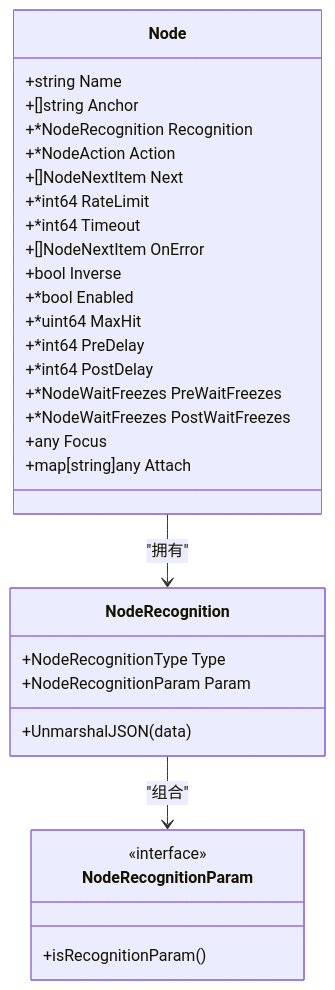
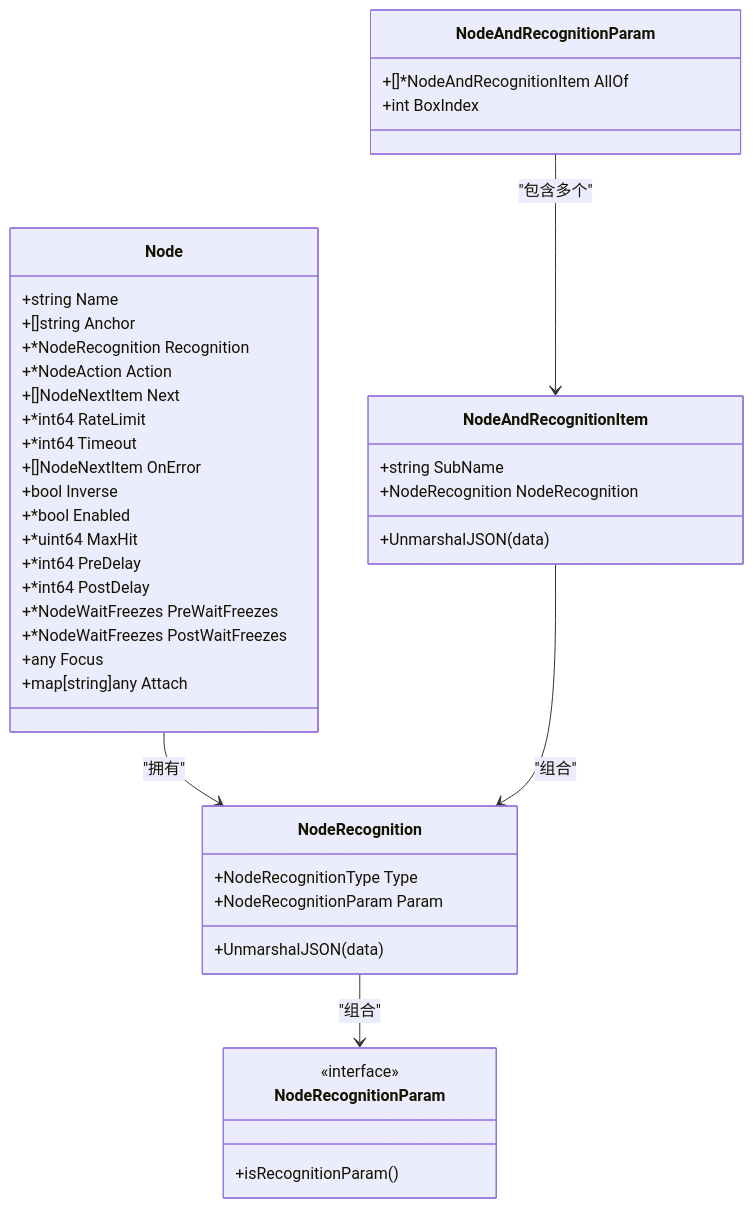
The second of 4 diagrams in instructions/maafw-golang-binding/高级功能/流水线配置/节点结构详解/识别配置详解/识别配置详解.md (kqcoxn/MaaPipelineEditor), drawn with Mermaid before and after one commit. The commit also changed other lines of this file and 7 other files, not shown here.

````diff
--- a/instructions/maafw-golang-binding/高级功能/流水线配置/节点结构详解/识别配置详解/识别配置详解.md
+++ b/instructions/maafw-golang-binding/高级功能/流水线配置/节点结构详解/识别配置详解/识别配置详解.md
@@ -68,33 +79,44 @@
 ```mermaid
 classDiagram
 class Node {
 +string Name
 +[]string Anchor
 +*NodeRecognition Recognition
 +*NodeAction Action
 +[]NodeNextItem Next
 +*int64 RateLimit
 +*int64 Timeout
 +[]NodeNextItem OnError
 +bool Inverse
 +*bool Enabled
 +*uint64 MaxHit
 +*int64 PreDelay
 +*int64 PostDelay
 +*NodeWaitFreezes PreWaitFreezes
 +*NodeWaitFreezes PostWaitFreezes
 +any Focus
 +map[string]any Attach
 }
 class NodeRecognition {
 +NodeRecognitionType Type
 +NodeRecognitionParam Param
 +UnmarshalJSON(data)
 }
 class NodeRecognitionParam {
 <<interface>>
 +isRecognitionParam()
 }
+class NodeAndRecognitionItem {
++string SubName
++NodeRecognition NodeRecognition
++UnmarshalJSON(data)
+}
+class NodeAndRecognitionParam {
++[]*NodeAndRecognitionItem AllOf
++int BoxIndex
+}
 Node --> NodeRecognition : "拥有"
 NodeRecognition --> NodeRecognitionParam : "组合"
+NodeAndRecognitionParam --> NodeAndRecognitionItem : "包含多个"
+NodeAndRecognitionItem --> NodeRecognition : "组合"
 ```
````
